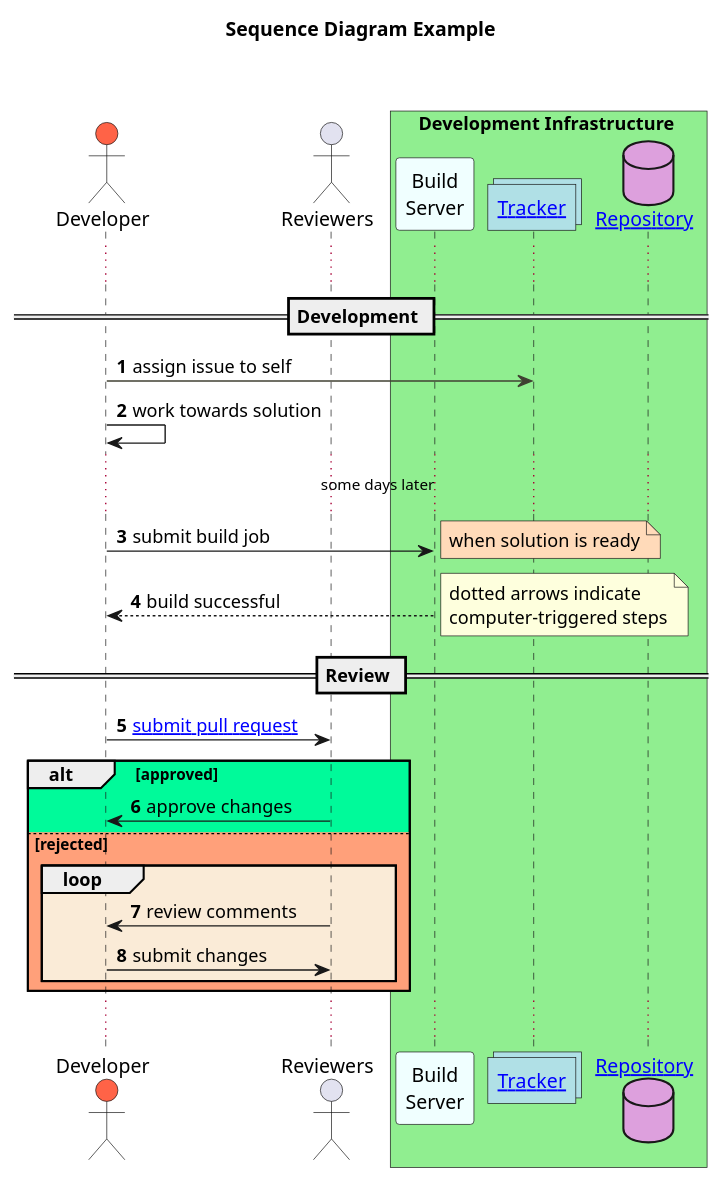
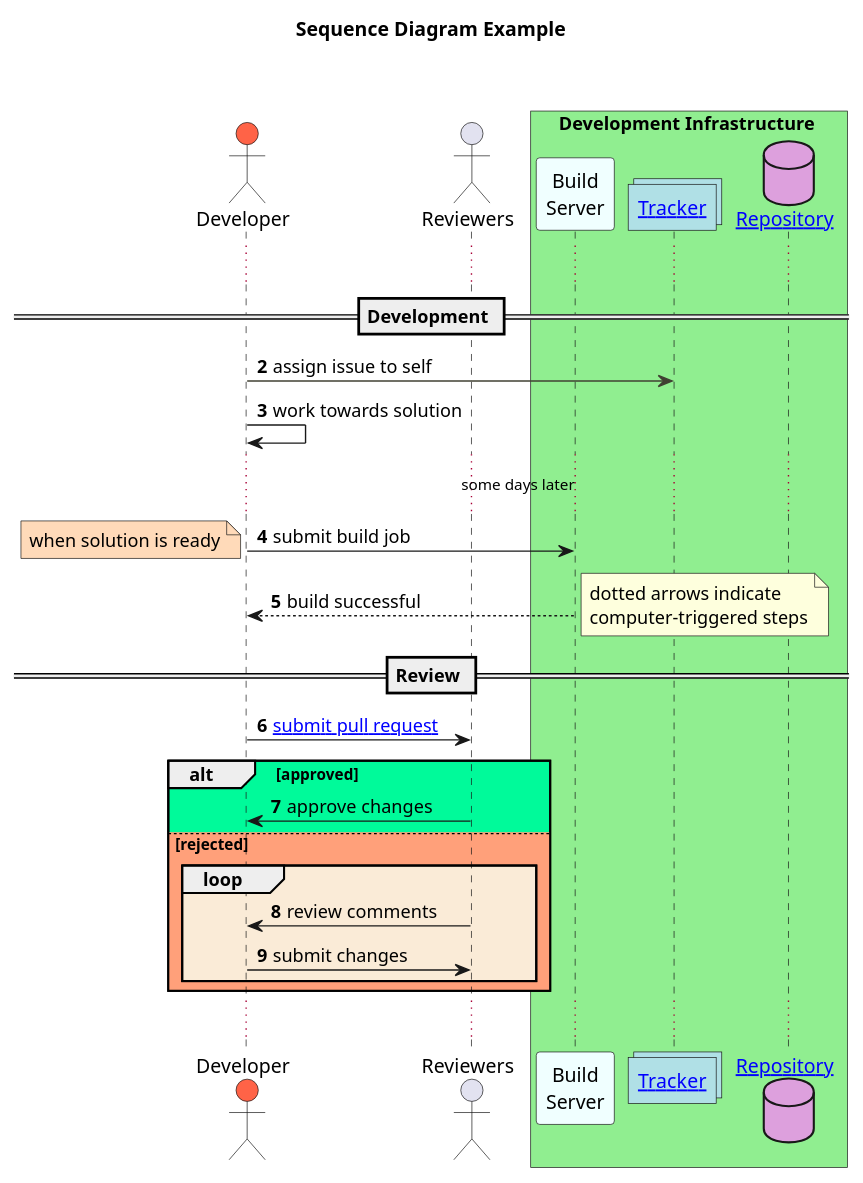
Before and after one commit to dragondive/plantuml_demo: the seventh of 12 diagrams in plantuml_demo.md, drawn with PlantUML. The commit also changed other lines of this file, not shown here.

````diff
--- a/plantuml_demo.md
+++ b/plantuml_demo.md
@@ -250,39 +251,39 @@
 ```plantuml
 @startuml
 title **Sequence Diagram Example**\n\n
 
 actor Developer as Dev  #Tomato
 actor Reviewers
 
 box Development Infrastructure #LightGreen
-  participant "Build\nServer" as Build #Azure
-  collections "[[https://github.com/dragondive/hebi/issues Tracker]]" as Tracker #PowderBlue
-  database "[[https://github.com/dragondive/hebi Repository]]" as Repository #Plum
+    participant "Build\nServer" as Build #Azure
+    collections "[[https://github.com/dragondive/hebi/issues Tracker]]" as Tracker #PowderBlue
+    database "[[https://github.com/dragondive/hebi Repository]]" as Repository #Plum
 end box
 
+autonumber 2
 ...
-autonumber
 == Development ==
 Dev -[#404032]> Tracker : assign issue to self
 Dev -> Dev : work towards solution
 
 ... some days later ...
 Dev -> Build : submit build job
-note right #PeachPuff : when solution is ready
+note left #PeachPuff : when solution is ready
 Build --> Dev : build successful
 note right: dotted arrows indicate\ncomputer-triggered steps
 
 == Review ==
 Dev ->  Reviewers : [[https://github.com/dragondive/hebi/compare submit pull request]]
 alt #MediumSpringGreen approved
-  Reviewers -> Dev : approve changes
+    Reviewers -> Dev : approve changes
 else #LightSalmon rejected
-  loop #AntiqueWhite
-    Dev <- Reviewers : review comments
-    Dev -> Reviewers : submit changes
-  end loop
+    loop #AntiqueWhite
+        Dev <- Reviewers : review comments
+        Dev -> Reviewers : submit changes
+    end loop
 end alt
 ...
 
 @enduml
 ```
````
